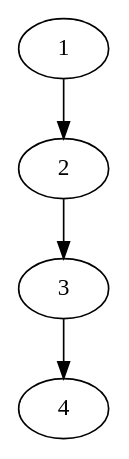
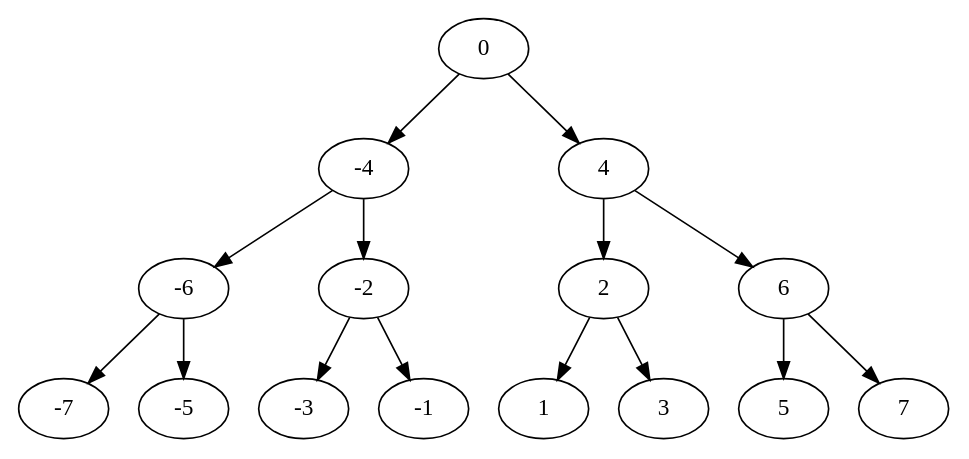
Before and after one commit to Les-Alchimistes-Labs/AlgorithmVisualizer: the diagram in algorithm_visualizer/src/save/dot/tree.dot, drawn with Graphviz. The commit also changed 11 other files, not shown here.

```diff
--- a/algorithm_visualizer/src/save/dot/tree.dot
+++ b/algorithm_visualizer/src/save/dot/tree.dot
@@ -1,9 +1,32 @@
 digraph tree {
+//0 -4 -6 -7 -5 -2 -3 -1 4 2 1 3 6 5 7 
+n0 [label="0"]
+n_4 [label="-4"]
+n_6 [label="-6"]
+n_7 [label="-7"]
+n_5 [label="-5"]
+n_2 [label="-2"]
+n_3 [label="-3"]
+n_1 [label="-1"]
+n4 [label="4"]
+n2 [label="2"]
 n1 [label="1"]
-n2 [label="2"]
 n3 [label="3"]
-n4 [label="4"]
-n1->n2
+n6 [label="6"]
+n5 [label="5"]
+n7 [label="7"]
+n0->n_4
+n0->n4
+n_4->n_6
+n_4->n_2
+n4->n2
+n4->n6
+n_6->n_7
+n_6->n_5
+n_2->n_3
+n_2->n_1
+n2->n1
 n2->n3
-n3->n4
+n6->n5
+n6->n7
 }
```
